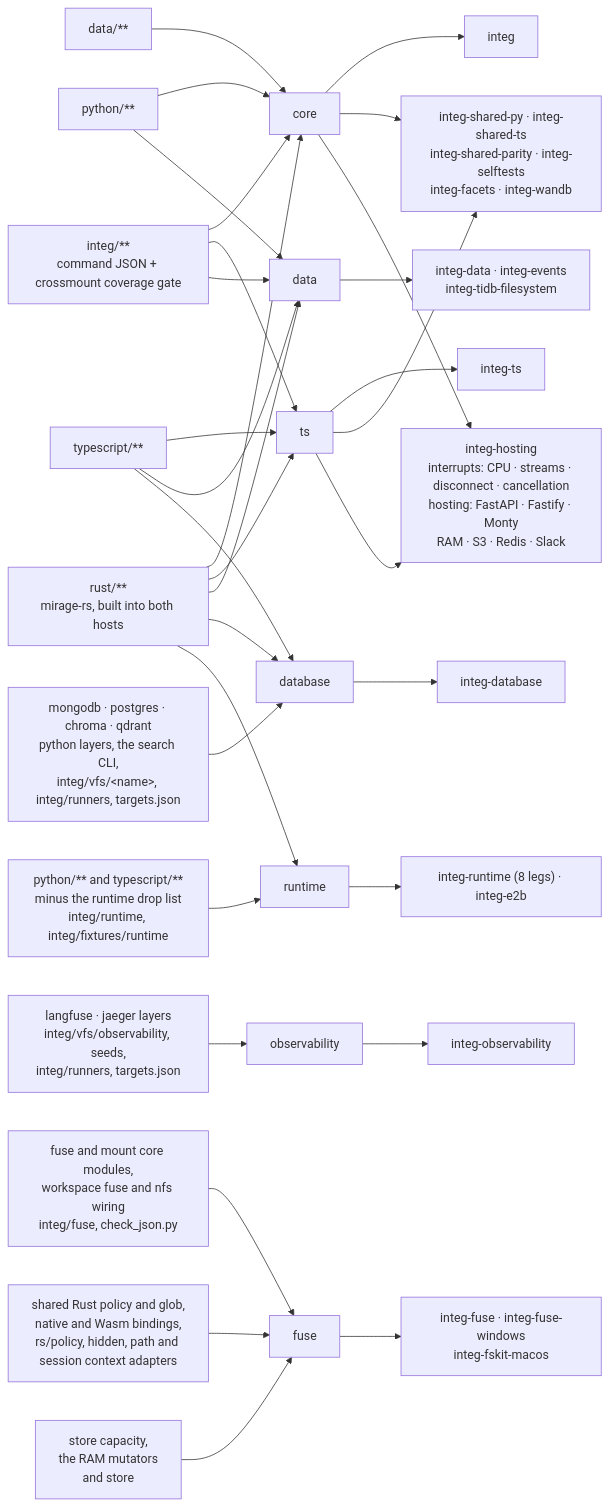
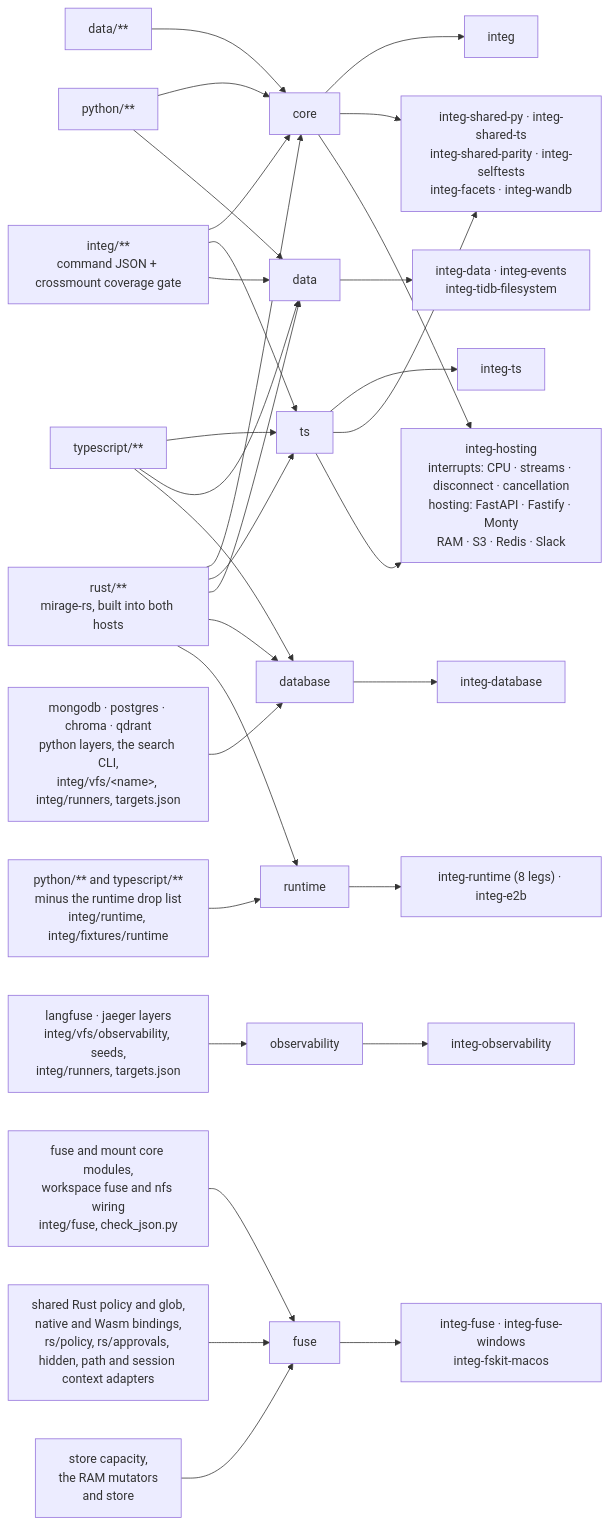
Before and after one commit to strukto-ai/mirage: the diagram in integ/README.md, drawn with Mermaid. The commit also changed 11 other files, not shown here.

````diff
--- a/integ/README.md
+++ b/integ/README.md
@@ -306,23 +306,23 @@
 ```mermaid
 flowchart LR
     PY["python/**"] --> core & data
     TSX["typescript/**"] --> ts & data & database
     IN["integ/**<br/>command JSON + crossmount coverage gate"] --> core & ts & data
     D["data/**"] --> core
     RS["rust/**<br/>mirage-rs, built into both hosts"] --> core & ts & data & database & runtime
     DB["mongodb · postgres · chroma · qdrant<br/>python layers, the search CLI,<br/>integ/vfs/&lt;name&gt;, integ/runners, targets.json"] --> database
     OB["langfuse · jaeger layers<br/>integ/vfs/observability, seeds,<br/>integ/runners, targets.json"] --> observability
     FS["fuse and mount core modules,<br/>workspace fuse and nfs wiring<br/>integ/fuse, check_json.py"] --> fuse
-    FP["shared Rust policy and glob,<br/>native and Wasm bindings,<br/>rs/policy, hidden, path and session context adapters"] --> fuse
+    FP["shared Rust policy and glob,<br/>native and Wasm bindings,<br/>rs/policy, rs/approvals, hidden, path and session context adapters"] --> fuse
     CA["store capacity,<br/>the RAM mutators<br/>and store"] --> fuse
     RT["python/** and typescript/**<br/>minus the runtime drop list<br/>integ/runtime, integ/fixtures/runtime"] --> runtime
     core --> J1["integ"]
     ts --> J2["integ-ts"]
     core & ts --> J3["integ-shared-py · integ-shared-ts<br/>integ-shared-parity · integ-selftests<br/>integ-facets · integ-wandb"]
     core & ts --> HOST["integ-hosting<br/>interrupts: CPU · streams · disconnect · cancellation<br/>hosting: FastAPI · Fastify · Monty<br/>RAM · S3 · Redis · Slack"]
     data --> J4["integ-data · integ-events<br/>integ-tidb-filesystem"]
     database --> J5["integ-database"]
     observability --> J6["integ-observability"]
     fuse --> J7["integ-fuse · integ-fuse-windows<br/>integ-fskit-macos"]
     runtime --> J8["integ-runtime (8 legs) · integ-e2b"]
 ```
````
